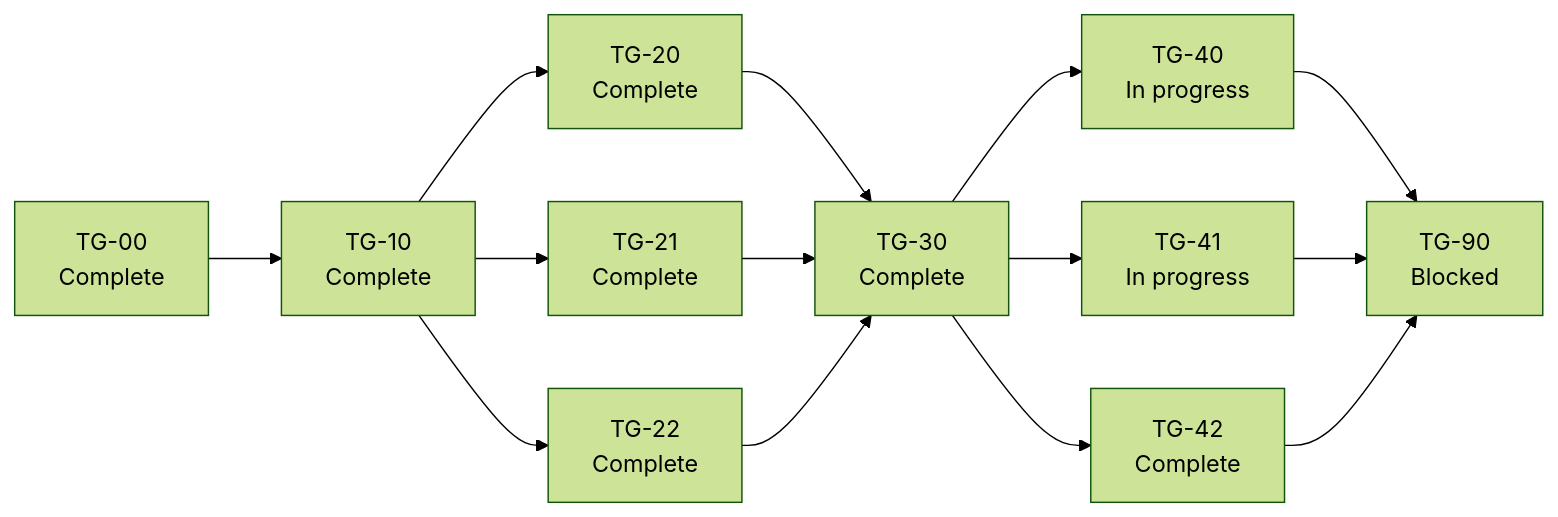
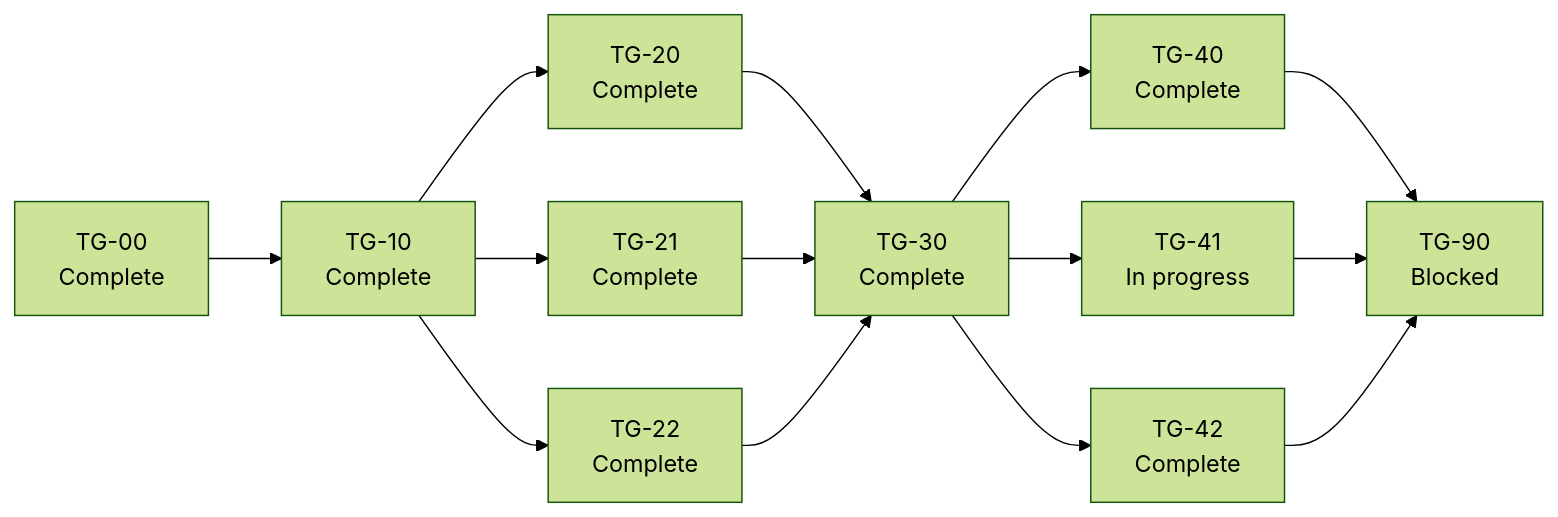
The diagram in docs/plans/phases/terminal-groups/manifest.md (vatsalsaglani/rafu), drawn with Mermaid (forest theme) before and after one commit. The commit also changed other lines of this file, not shown here.

````diff
--- a/docs/plans/phases/terminal-groups/manifest.md
+++ b/docs/plans/phases/terminal-groups/manifest.md
@@ -9,27 +9,27 @@
 ```mermaid
 flowchart LR
     D["TG-00<br/>Complete"]
     C["TG-10<br/>Complete"]
     R["TG-20<br/>Complete"]
     V["TG-21<br/>Complete"]
     S["TG-22<br/>Complete"]
     W["TG-30<br/>Complete"]
-    M["TG-40<br/>In progress"]
+    M["TG-40<br/>Complete"]
     K["TG-41<br/>In progress"]
     A["TG-42<br/>Complete"]
     Q["TG-90<br/>Blocked"]
 
     D --> C
     C --> R
     C --> V
     C --> S
     R --> W
     V --> W
     S --> W
     W --> M
     W --> K
     W --> A
     M --> Q
     K --> Q
     A --> Q
 ```
````
